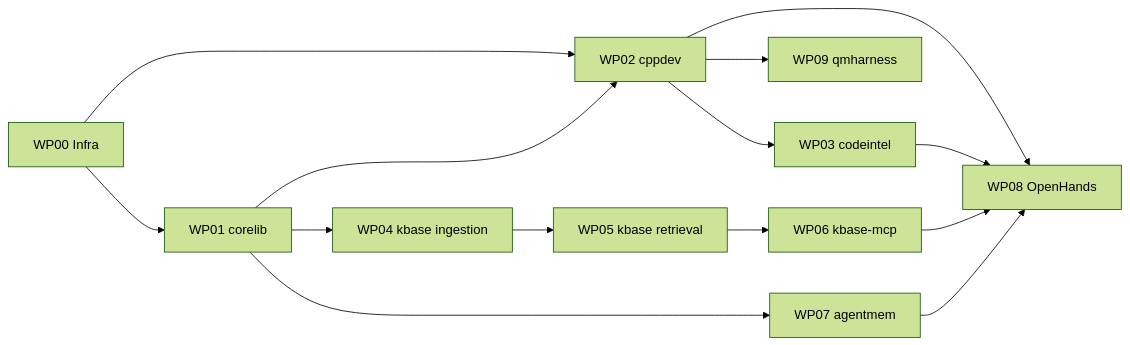
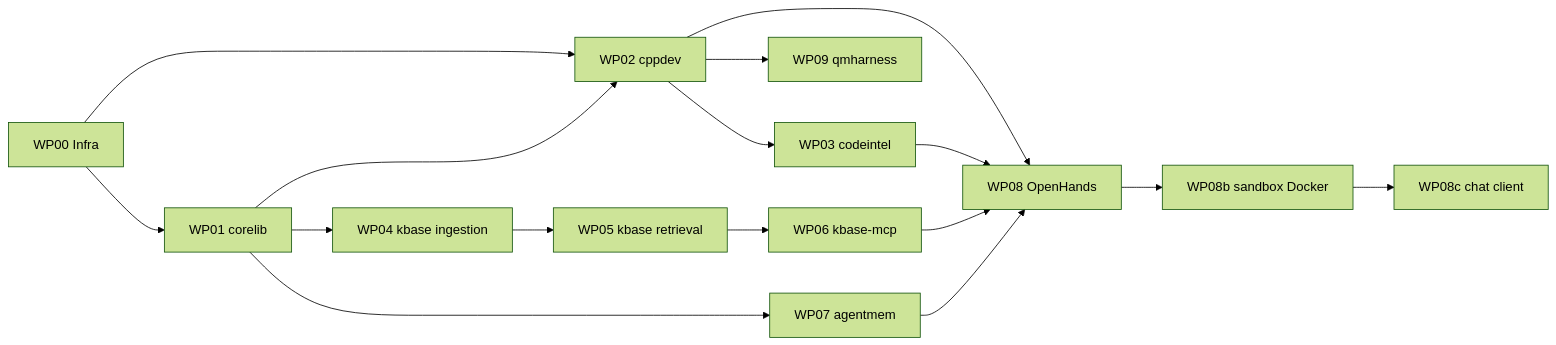
One commit to HadrienT/AgenticEnv changed the diagram in blueprint/README.md. Above: the diagram before and after it, drawn with Mermaid (forest theme). The commit also changed other lines of this file and 31 other files, not shown here.

First line of the commit message:
WP08b + WP08c: OpenHands Docker sandbox adapter + WebSocket chat bridge

````diff
--- a/blueprint/README.md
+++ b/blueprint/README.md
@@ -73,16 +75,18 @@
 ```mermaid
 graph LR
     WP00[WP00 Infra] --> WP01[WP01 corelib]
     WP00 --> WP02[WP02 cppdev]
     WP01 --> WP02
     WP02 --> WP03[WP03 codeintel]
     WP02 --> WP09[WP09 qmharness]
     WP01 --> WP04[WP04 kbase ingestion]
     WP01 --> WP07[WP07 agentmem]
     WP04 --> WP05[WP05 kbase retrieval]
     WP05 --> WP06[WP06 kbase-mcp]
     WP02 --> WP08[WP08 OpenHands]
     WP03 --> WP08
     WP06 --> WP08
     WP07 --> WP08
+    WP08 --> WP08b[WP08b sandbox Docker]
+    WP08b --> WP08c[WP08c chat client]
 ```
````
